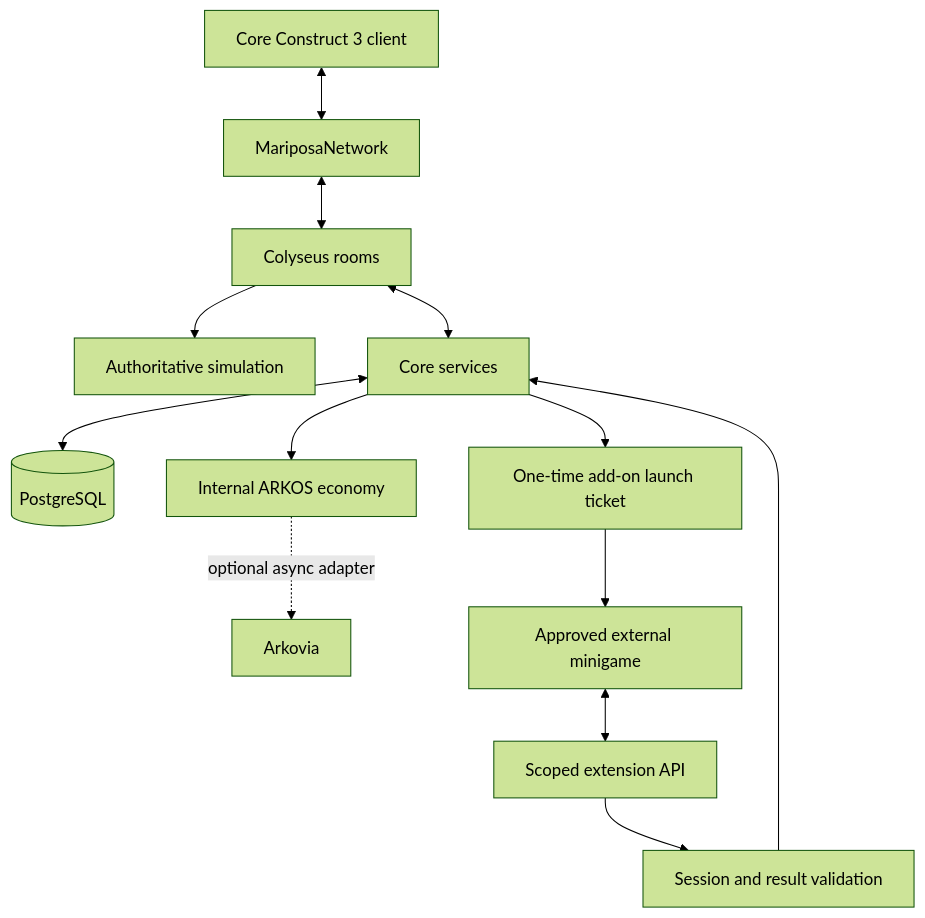
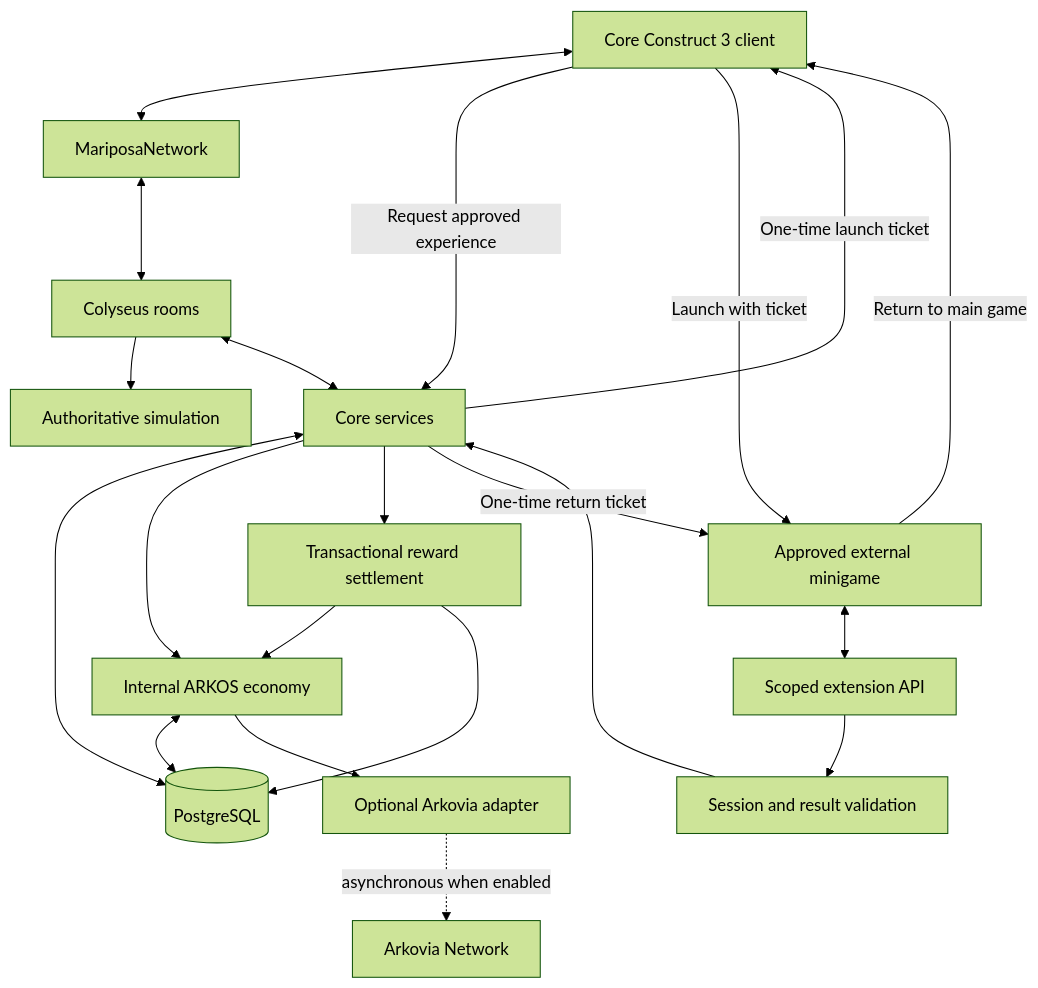
The diagram in README.md (mycreationhaven/Mariposa-Universe-Server), drawn with Mermaid (forest theme) before and after one commit. The commit also changed other lines of this file, not shown here.

Commit message:
Update README to approved architecture flow

````diff
--- a/README.md
+++ b/README.md
@@ -69,16 +69,28 @@
 ```mermaid
 flowchart TD
     C3["Core Construct 3 client"] <--> MN["MariposaNetwork"]
     MN <--> RT["Colyseus rooms"]
     RT --> AU["Authoritative simulation"]
     RT <--> CS["Core services"]
+
     CS <--> PG[(PostgreSQL)]
     CS --> EC["Internal ARKOS economy"]
-    EC -. "optional async adapter" .-> AR["Arkovia"]
+    EC <--> PG
+    EC --> AA["Optional Arkovia adapter"]
+    AA -. "asynchronous when enabled" .-> AR["Arkovia Network"]
 
-    CS --> LT["One-time add-on launch ticket"]
-    LT --> EX["Approved external minigame"]
+    C3 -->|"Request approved experience"| CS
+    CS -->|"One-time launch ticket"| C3
+    C3 -->|"Launch with ticket"| EX["Approved external minigame"]
+
     EX <--> API["Scoped extension API"]
     API --> VR["Session and result validation"]
     VR --> CS
+
+    CS --> RW["Transactional reward settlement"]
+    RW --> EC
+    RW --> PG
+
+    CS -->|"One-time return ticket"| EX
+    EX -->|"Return to main game"| C3
 ```
````
